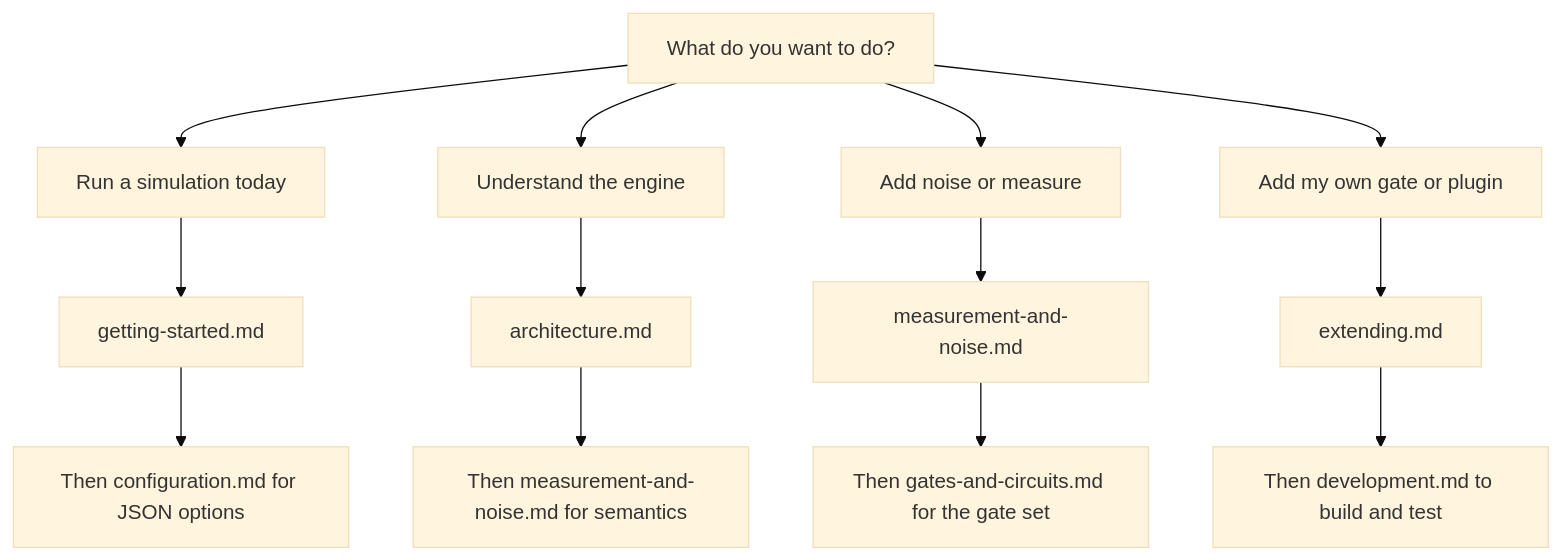
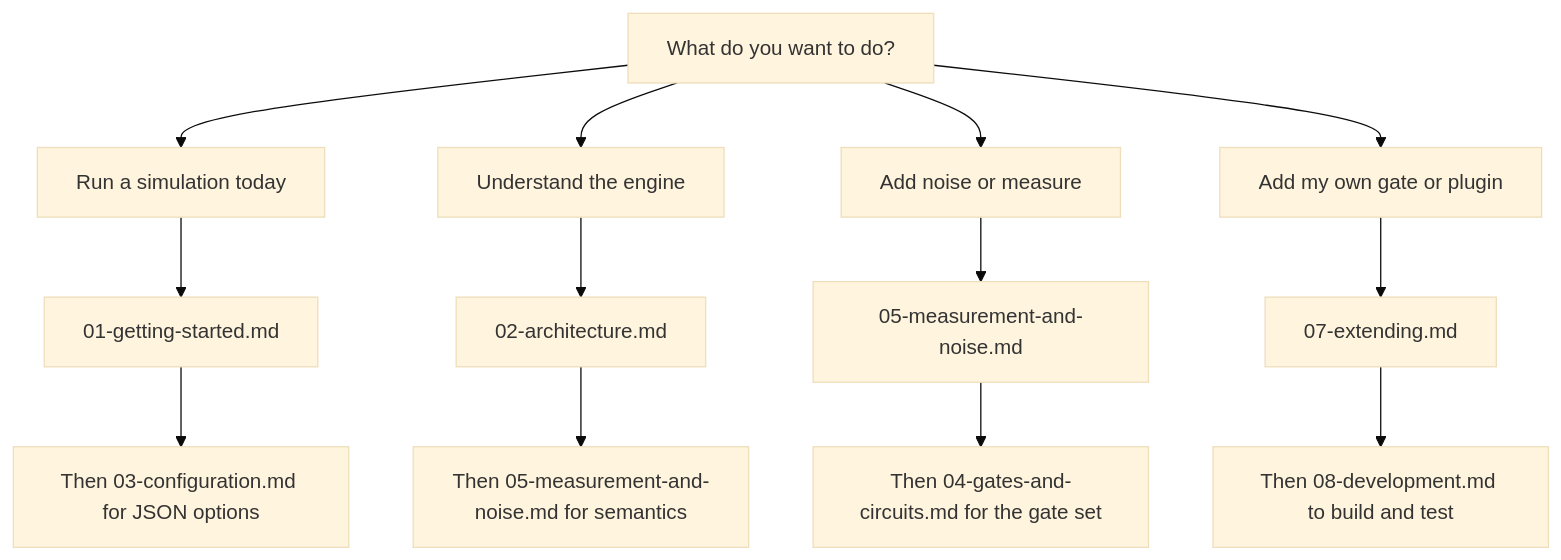
The diagram in docs/README.md (CharafeddineMechalikh/QForge), drawn with Mermaid (base theme) before and after one commit. The commit also changed other lines of this file and 9 other files, not shown here.

````diff
--- a/docs/README.md
+++ b/docs/README.md
@@ -26,17 +27,17 @@
 ```mermaid
 flowchart TD
     Q["What do you want to do?"]
     Q --> A["Run a simulation today"]
     Q --> B["Understand the engine"]
     Q --> C["Add noise or measure"]
     Q --> D["Add my own gate or plugin"]
 
-    A --> A1["getting-started.md"]
-    A1 --> A2["Then configuration.md for JSON options"]
-    B --> B1["architecture.md"]
-    B1 --> B2["Then measurement-and-noise.md for semantics"]
-    C --> C1["measurement-and-noise.md"]
-    C1 --> C2["Then gates-and-circuits.md for the gate set"]
-    D --> D1["extending.md"]
-    D1 --> D2["Then development.md to build and test"]
+    A --> A1["01-getting-started.md"]
+    A1 --> A2["Then 03-configuration.md for JSON options"]
+    B --> B1["02-architecture.md"]
+    B1 --> B2["Then 05-measurement-and-noise.md for semantics"]
+    C --> C1["05-measurement-and-noise.md"]
+    C1 --> C2["Then 04-gates-and-circuits.md for the gate set"]
+    D --> D1["07-extending.md"]
+    D1 --> D2["Then 08-development.md to build and test"]
 ```
````
